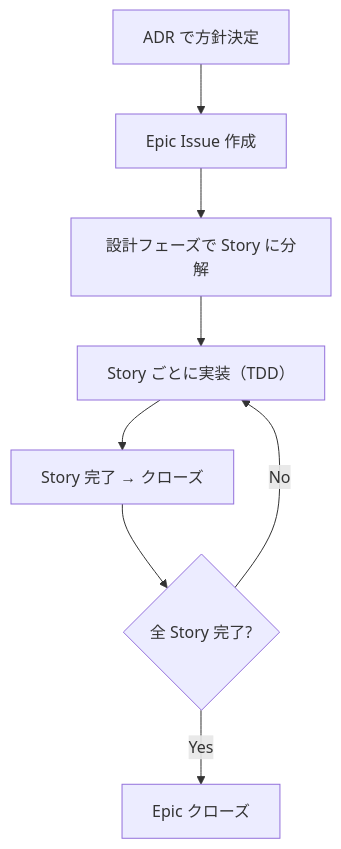
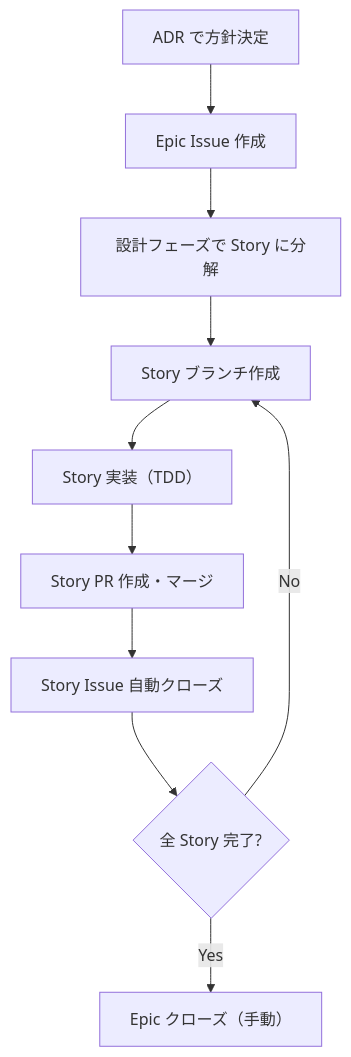
Before and after one commit to ka2kama/ringiflow: the third of 3 diagrams in docs/04_手順書/04_開発フロー/01_Issue駆動開発.md, drawn with Mermaid. The commit also changed other lines of this file and 8 other files, not shown here.

````diff
--- a/docs/04_手順書/04_開発フロー/01_Issue駆動開発.md
+++ b/docs/04_手順書/04_開発フロー/01_Issue駆動開発.md
@@ -704,10 +721,12 @@
 ```mermaid
 flowchart TB
     A["ADR で方針決定"] --> B["Epic Issue 作成"]
     B --> C["設計フェーズで Story に分解"]
-    C --> D["Story ごとに実装（TDD）"]
-    D --> E["Story 完了 → クローズ"]
-    E --> F{"全 Story 完了?"}
-    F -->|No| D
-    F -->|Yes| G["Epic クローズ"]
+    C --> D["Story ブランチ作成"]
+    D --> E["Story 実装（TDD）"]
+    E --> F["Story PR 作成・マージ"]
+    F --> G["Story Issue 自動クローズ"]
+    G --> H{"全 Story 完了?"}
+    H -->|No| D
+    H -->|Yes| I["Epic クローズ（手動）"]
 ```
````
